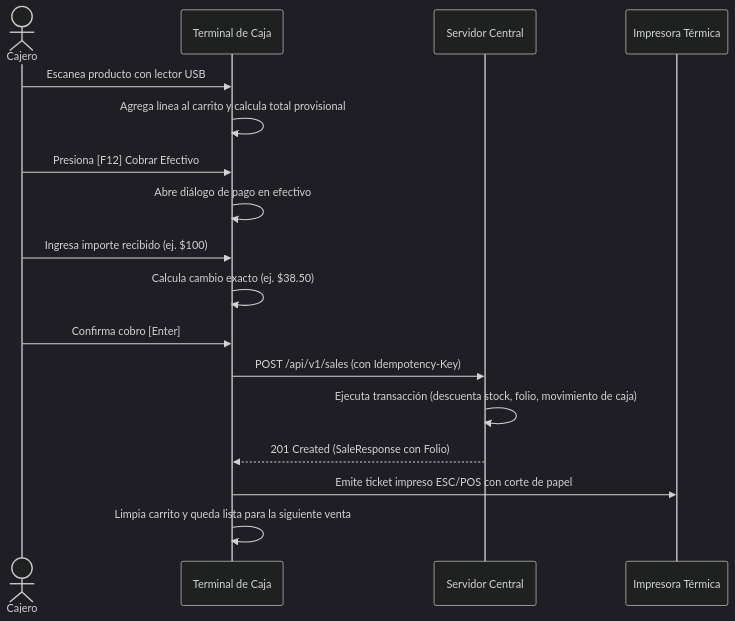
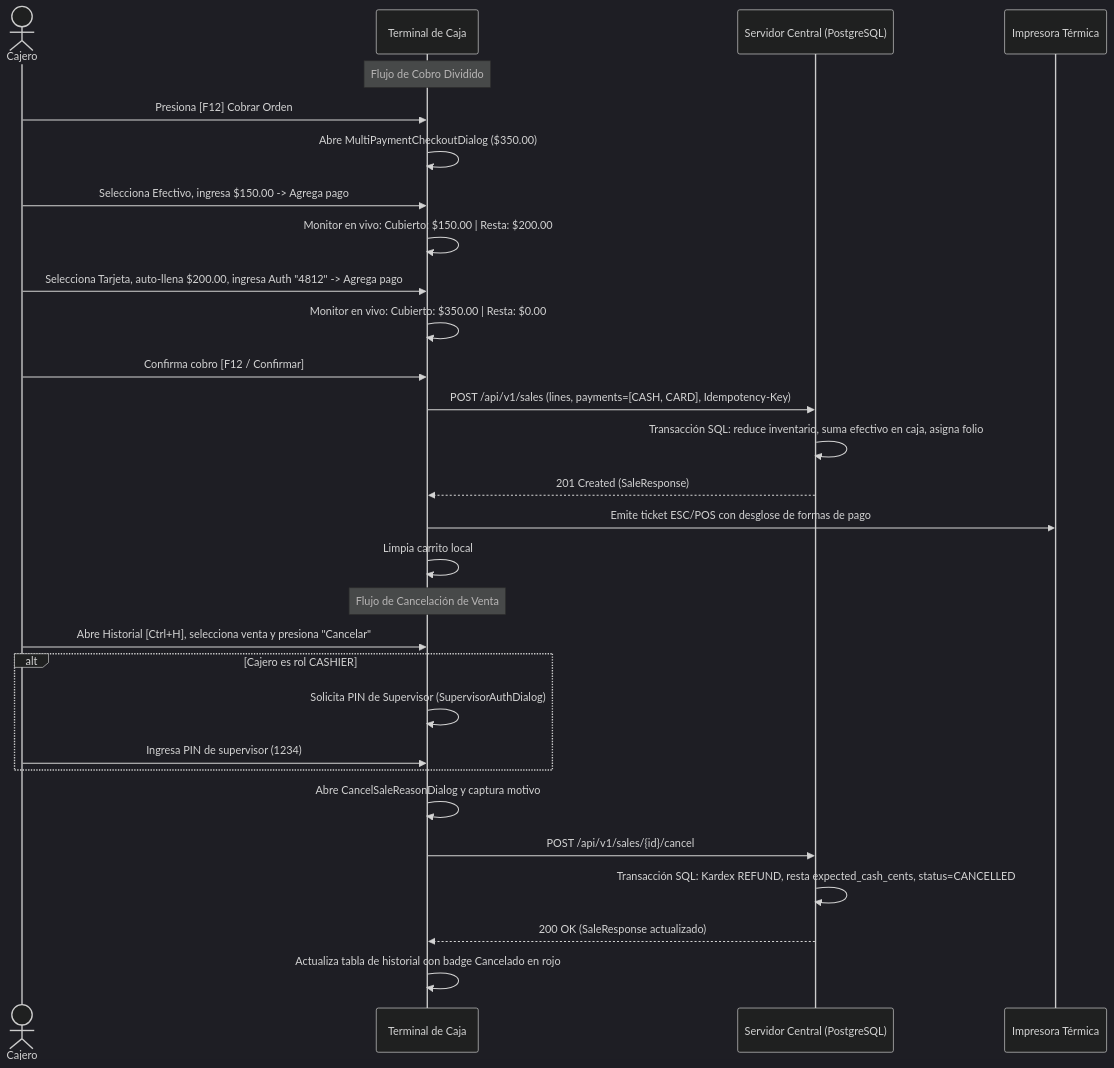
One commit to EddChavez/NexusPOS changed the diagram in docs/features/sales.md. Above: the diagram before and after it, drawn with Mermaid (dark theme). The commit also changed other lines of this file and 8 other files, not shown here.

````diff
--- a/docs/features/sales.md
+++ b/docs/features/sales.md
@@ -44,20 +53,33 @@
 ```mermaid
 sequenceDiagram
     actor C as Cajero
     participant POS as Terminal de Caja
-    participant S as Servidor Central
+    participant S as Servidor Central (PostgreSQL)
     participant P as Impresora Térmica
 
-    C->>POS: Escanea producto con lector USB
-    POS->>POS: Agrega línea al carrito y calcula total provisional
-    C->>POS: Presiona [F12] Cobrar Efectivo
-    POS->>POS: Abre diálogo de pago en efectivo
-    C->>POS: Ingresa importe recibido (ej. $100)
-    POS->>POS: Calcula cambio exacto (ej. $38.50)
-    C->>POS: Confirma cobro [Enter]
-    POS->>S: POST /api/v1/sales (con Idempotency-Key)
-    S->>S: Ejecuta transacción (descuenta stock, folio, movimiento de caja)
-    S-->>POS: 201 Created (SaleResponse con Folio)
-    POS->>P: Emite ticket impreso ESC/POS con corte de papel
-    POS->>POS: Limpia carrito y queda lista para la siguiente venta
+    Note over POS: Flujo de Cobro Dividido
+    C->>POS: Presiona [F12] Cobrar Orden
+    POS->>POS: Abre MultiPaymentCheckoutDialog ($350.00)
+    C->>POS: Selecciona Efectivo, ingresa $150.00 -> Agrega pago
+    POS->>POS: Monitor en vivo: Cubierto: $150.00 | Resta: $200.00
+    C->>POS: Selecciona Tarjeta, auto-llena $200.00, ingresa Auth "4812" -> Agrega pago
+    POS->>POS: Monitor en vivo: Cubierto: $350.00 | Resta: $0.00
+    C->>POS: Confirma cobro [F12 / Confirmar]
+    POS->>S: POST /api/v1/sales (lines, payments=[CASH, CARD], Idempotency-Key)
+    S->>S: Transacción SQL: reduce inventario, suma efectivo en caja, asigna folio
+    S-->>POS: 201 Created (SaleResponse)
+    POS->>P: Emite ticket ESC/POS con desglose de formas de pago
+    POS->>POS: Limpia carrito local
+
+    Note over POS: Flujo de Cancelación de Venta
+    C->>POS: Abre Historial [Ctrl+H], selecciona venta y presiona "Cancelar"
+    alt Cajero es rol CASHIER
+        POS->>POS: Solicita PIN de Supervisor (SupervisorAuthDialog)
+        C->>POS: Ingresa PIN de supervisor (1234)
+    end
+    POS->>POS: Abre CancelSaleReasonDialog y captura motivo
+    POS->>S: POST /api/v1/sales/{id}/cancel
+    S->>S: Transacción SQL: Kardex REFUND, resta expected_cash_cents, status=CANCELLED
+    S-->>POS: 200 OK (SaleResponse actualizado)
+    POS->>POS: Actualiza tabla de historial con badge Cancelado en rojo
 ```
````
